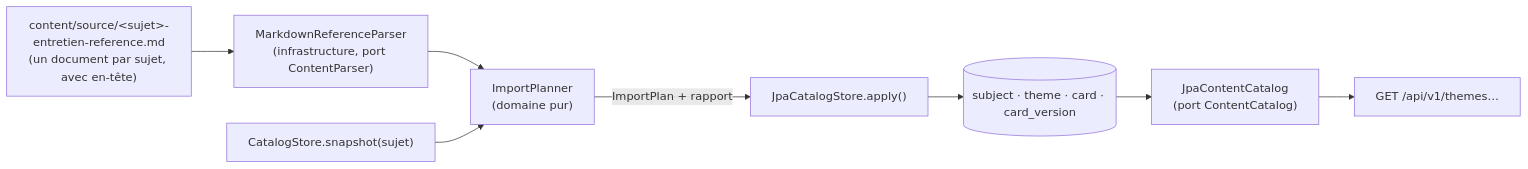
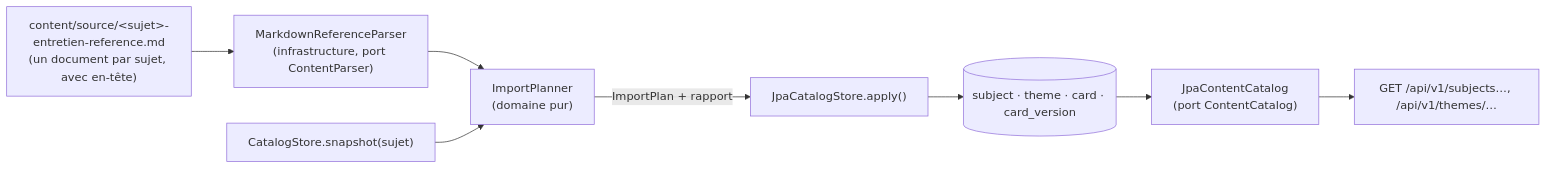
One commit to potichacha/recallio changed the third of 6 diagrams in docs/architecture.md. Above: the diagram before and after it, drawn with Mermaid. The commit also changed 37 other files, not shown here.

````diff
--- a/docs/architecture.md
+++ b/docs/architecture.md
@@ -74,10 +74,10 @@
 ```mermaid
 flowchart LR
     md["content/source/&lt;sujet&gt;-entretien-reference.md<br/>(un document par sujet, avec en-tête)"] --> parser["MarkdownReferenceParser<br/>(infrastructure, port ContentParser)"]
     parser --> planner["ImportPlanner<br/>(domaine pur)"]
     snapshot["CatalogStore.snapshot(sujet)"] --> planner
     planner -- "ImportPlan + rapport" --> store["JpaCatalogStore.apply()"]
     store --> db[("subject · theme · card · card_version")]
     db --> catalog["JpaContentCatalog<br/>(port ContentCatalog)"]
-    catalog --> api["GET /api/v1/themes…"]
+    catalog --> api["GET /api/v1/subjects…, /api/v1/themes/…"]
 ```
````
